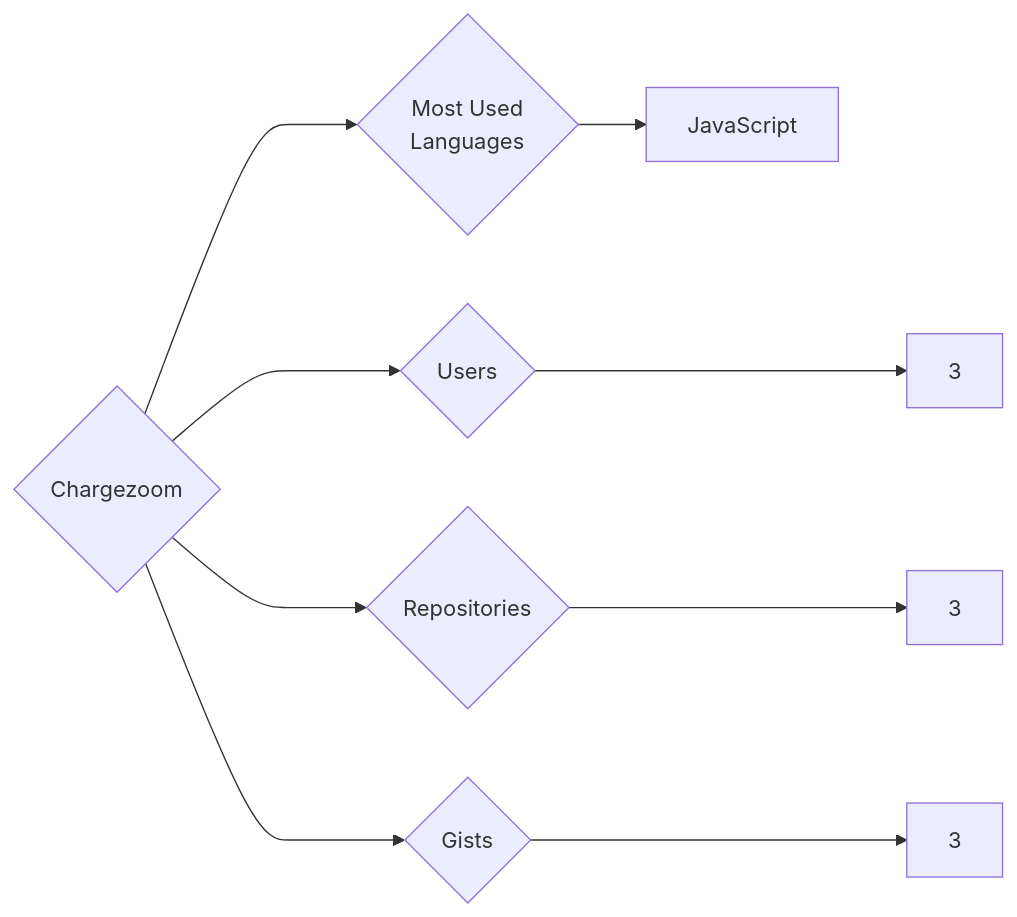
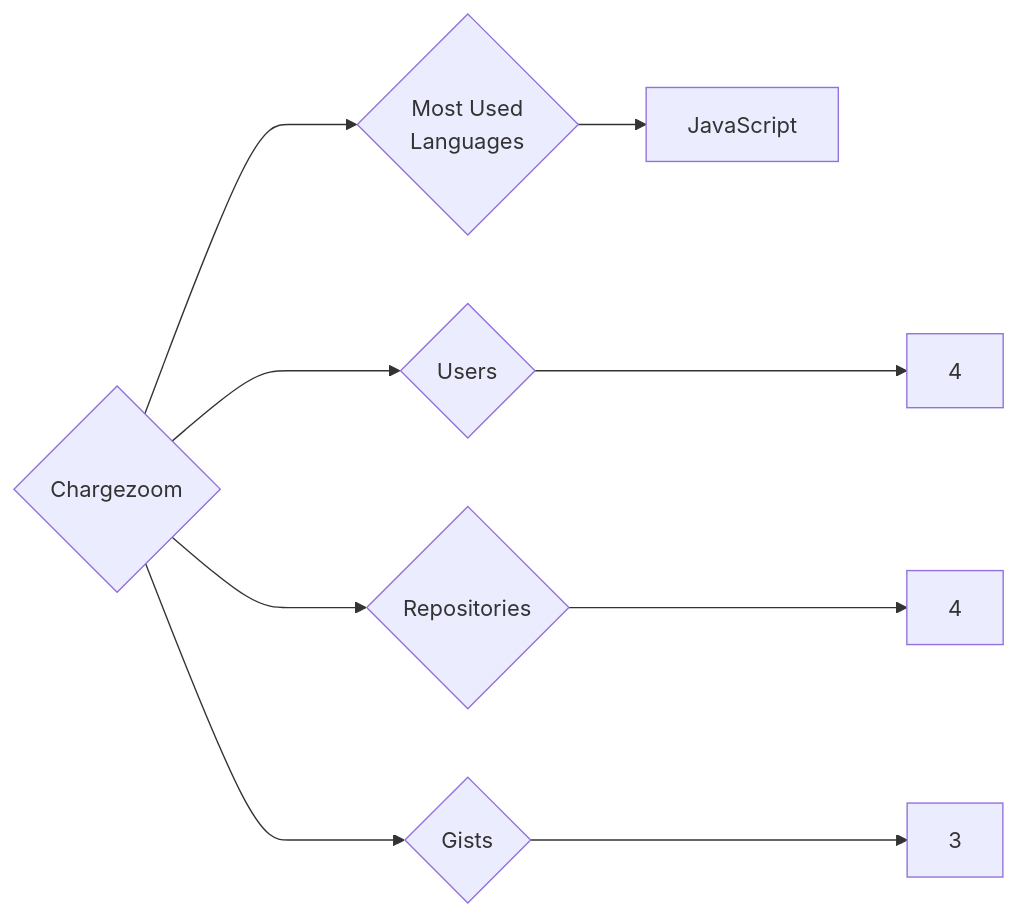
Before and after one commit to trickest/insiders: the diagram in targets/Chargezoom/README.md, drawn with Mermaid. The commit also changed 942 other files, not shown here.

````diff
--- a/targets/Chargezoom/README.md
+++ b/targets/Chargezoom/README.md
@@ -3,9 +3,9 @@
 ```mermaid
 graph LR
 COMPANY_NAME{Chargezoom}
-COMPANY_NAME ---> U{Users} ---> UN[3]
-COMPANY_NAME ---> R{Repositories} ---> RN[3]
+COMPANY_NAME ---> U{Users} ---> UN[4]
+COMPANY_NAME ---> R{Repositories} ---> RN[4]
 COMPANY_NAME ---> G{Gists} ---> GN[3]
 COMPANY_NAME ---> ML{Most Used<br>Languages}
 ML --> JavaScript[JavaScript]
 ```
````
